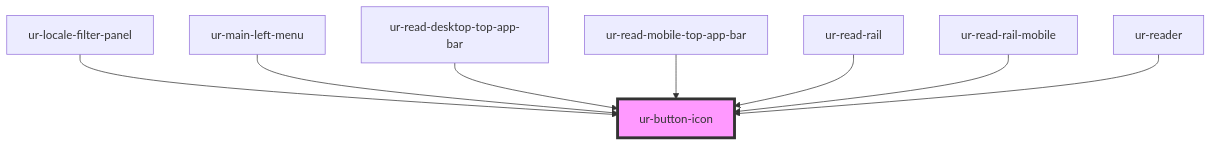
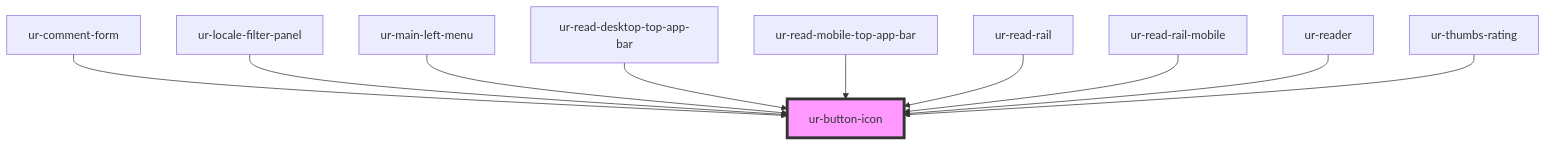
One commit to hellish/urnovl-web-components changed the diagram in src/components/ur-button-icon/readme.md. Above: the diagram before and after it, drawn with Mermaid. The commit also changed other lines of this file and 19 other files, not shown here.

````diff
--- a/src/components/ur-button-icon/readme.md
+++ b/src/components/ur-button-icon/readme.md
@@ -33,11 +35,13 @@
 ```mermaid
 graph TD;
+  ur-comment-form --> ur-button-icon
   ur-locale-filter-panel --> ur-button-icon
   ur-main-left-menu --> ur-button-icon
   ur-read-desktop-top-app-bar --> ur-button-icon
   ur-read-mobile-top-app-bar --> ur-button-icon
   ur-read-rail --> ur-button-icon
   ur-read-rail-mobile --> ur-button-icon
   ur-reader --> ur-button-icon
+  ur-thumbs-rating --> ur-button-icon
   style ur-button-icon fill:#f9f,stroke:#333,stroke-width:4px
 ```
````
